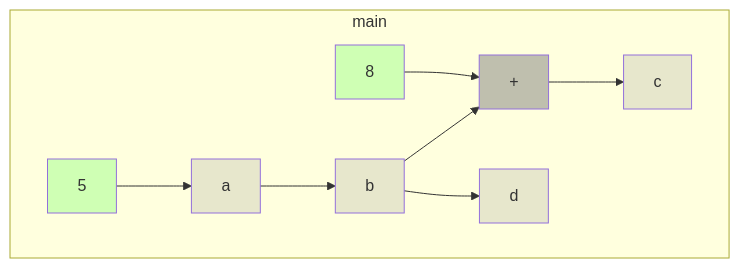
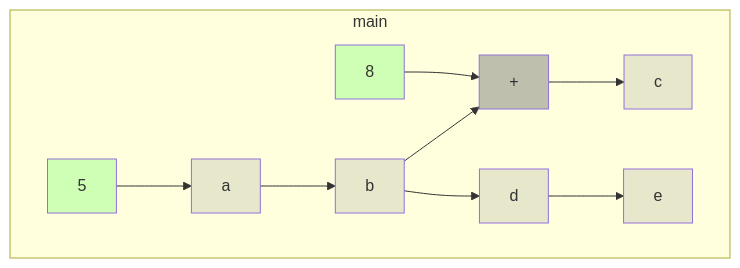
Before and after one commit to gstiebler/codeflow: the diagram in app/src/test/resources/base/truth.md, drawn with Mermaid. The commit also changed 4 other files, not shown here.

````diff
--- a/app/src/test/resources/base/truth.md
+++ b/app/src/test/resources/base/truth.md
@@ -1,16 +1,17 @@
 ```mermaid
 flowchart TD
   subgraph main
-    1[a]:::VARIABLE --> 3[b]:::VARIABLE
-    2[5]:::LITERAL --> 1[a]:::VARIABLE
-    3[b]:::VARIABLE --> 6[+]:::BIN_OP
-    3[b]:::VARIABLE --> 7[d]:::VARIABLE
+    2[5]:::LITERAL --> 3[a]:::VARIABLE
+    3[a]:::VARIABLE --> 4[b]:::VARIABLE
+    4[b]:::VARIABLE --> 6[+]:::BIN_OP
+    4[b]:::VARIABLE --> 8[d]:::VARIABLE
     5[8]:::LITERAL --> 6[+]:::BIN_OP
-    6[+]:::BIN_OP --> 4[c]:::VARIABLE
+    6[+]:::BIN_OP --> 7[c]:::VARIABLE
+    8[d]:::VARIABLE --> 9[e]:::VARIABLE
   end
   classDef LITERAL fill:#00FF0030
   classDef VARIABLE fill:#80808030
   classDef BIN_OP fill:#80808080
   classDef FUNC_PARAM fill:#8080FF30
   classDef RETURN fill:#FF808080
 ```
````
